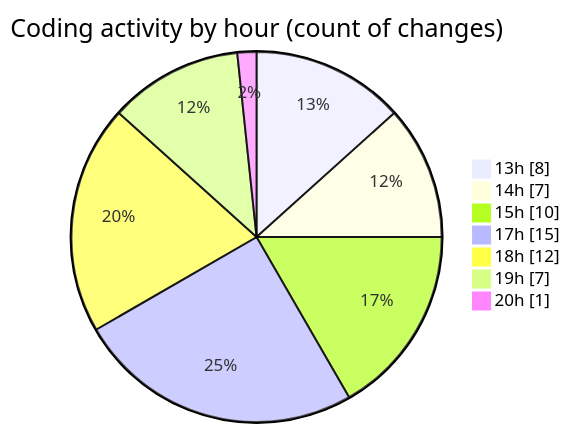
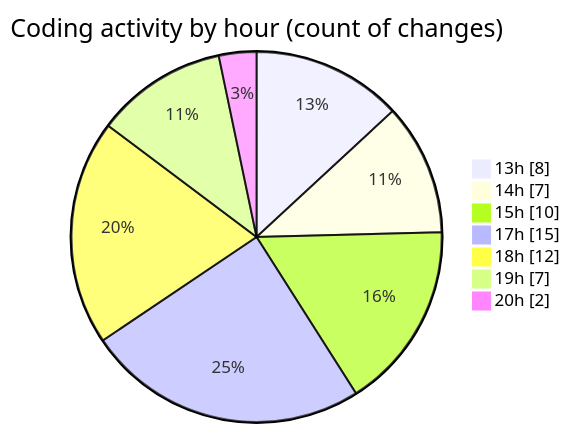
One commit to BS-eng2023/code-tracking changed the second of 2 diagrams in 2025-04-03/jsvms/README.md. Above: the diagram before and after it, drawn with Mermaid. The commit also changed other lines of this file and 1 other file, not shown here.

````diff
--- a/2025-04-03/jsvms/README.md
+++ b/2025-04-03/jsvms/README.md
@@ -40,11 +40,11 @@
 ```mermaid
 pie showData
 title Coding activity by hour (count of changes)
 "13h" : 8
 "14h" : 7
 "15h" : 10
 "17h" : 15
 "18h" : 12
 "19h" : 7
-"20h" : 1
+"20h" : 2
 ```
````
